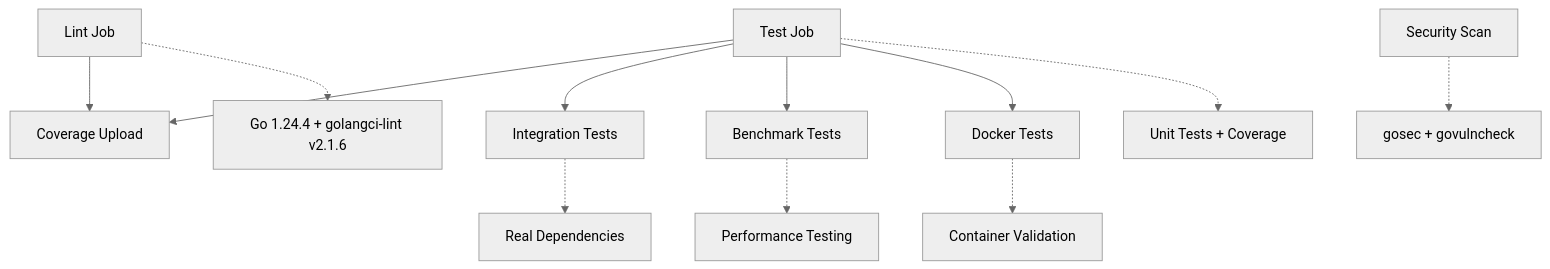
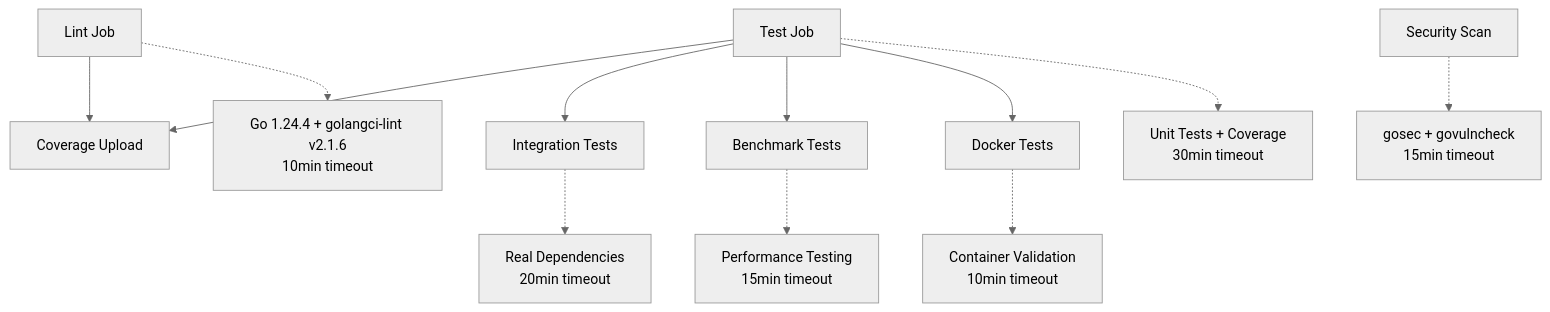
One commit to activadee/videocraft changed the second of 2 diagrams in README.md. Above: the diagram before and after it, drawn with Mermaid (neutral theme). The commit also changed 1 other file, not shown here.

Commit message:
docs: sync documentation with CI/CD modernization and Go 1.24.4 upgrade
Enhanced CI/CD pipeline documentation:
- Added timeout details to pipeline job Mermaid diagram
- Clarified 7 parallel jobs (lint, test, integration, security, coverage, benchmark, docker)
- Synchronized Go version references across all documentation

These changes align documentation with the GitHub Actions workflow modernization
and ensure consistency with Go 1.24.4 upgrade across the project.

🤖 Generated with [Claude Code](https://claude.ai/code)

````diff
--- a/README.md
+++ b/README.md
@@ -216,16 +216,16 @@
 ```mermaid
 graph TB
     A[Lint Job] --> D[Coverage Upload]
     B[Test Job] --> D
     B --> C[Integration Tests]
     B --> E[Benchmark Tests]
     B --> F[Docker Tests]
     G[Security Scan]
     
-    A -.-> H[Go 1.24.4 + golangci-lint v2.1.6]
-    B -.-> I[Unit Tests + Coverage]
-    C -.-> J[Real Dependencies]
-    E -.-> K[Performance Testing]
-    F -.-> L[Container Validation]
-    G -.-> M[gosec + govulncheck]
+    A -.-> H["Go 1.24.4 + golangci-lint v2.1.6<br/>10min timeout"]
+    B -.-> I["Unit Tests + Coverage<br/>30min timeout"]
+    C -.-> J["Real Dependencies<br/>20min timeout"]
+    E -.-> K["Performance Testing<br/>15min timeout"]
+    F -.-> L["Container Validation<br/>10min timeout"]
+    G -.-> M["gosec + govulncheck<br/>15min timeout"]
 ```
````
